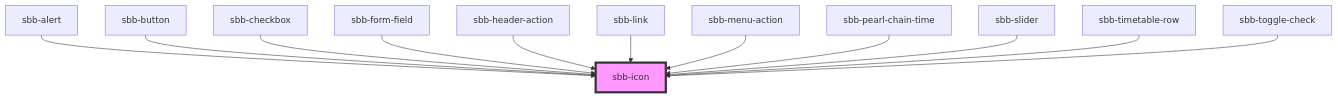
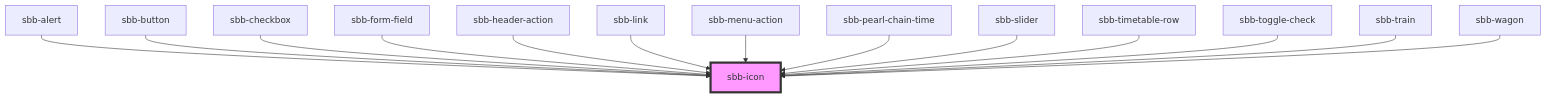
Before and after one commit to sbb-design-systems/lyne-components: the diagram in src/components/sbb-icon/readme.md, drawn with Mermaid. The commit also changed other lines of this file and 41 other files, not shown here.

First line of the commit message:
feat(sbb-train-formation):  initial implementation (#1462)

````diff
--- a/src/components/sbb-icon/readme.md
+++ b/src/components/sbb-icon/readme.md
@@ -112,15 +114,17 @@
 ```mermaid
 graph TD;
   sbb-alert --> sbb-icon
   sbb-button --> sbb-icon
   sbb-checkbox --> sbb-icon
   sbb-form-field --> sbb-icon
   sbb-header-action --> sbb-icon
   sbb-link --> sbb-icon
   sbb-menu-action --> sbb-icon
   sbb-pearl-chain-time --> sbb-icon
   sbb-slider --> sbb-icon
   sbb-timetable-row --> sbb-icon
   sbb-toggle-check --> sbb-icon
+  sbb-train --> sbb-icon
+  sbb-wagon --> sbb-icon
   style sbb-icon fill:#f9f,stroke:#333,stroke-width:4px
 ```
````
